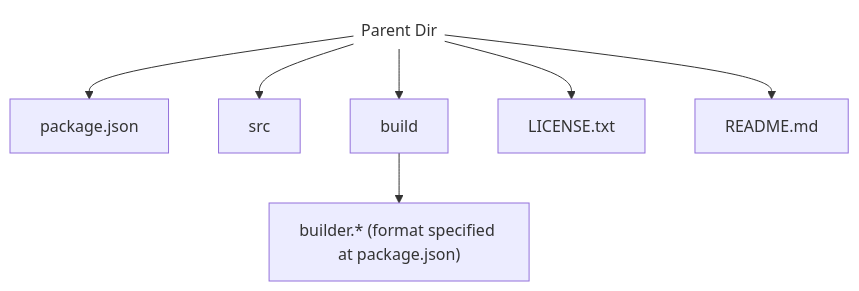
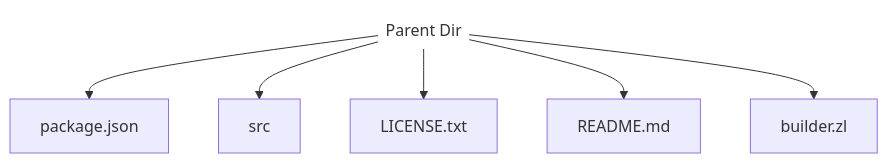
One commit to Guille-ux/ConduitPkg changed the first of 2 diagrams in docs/README.md. Above: the diagram before and after it, drawn with Mermaid. The commit also changed other lines of this file and 9 other files, not shown here.

````diff
--- a/docs/README.md
+++ b/docs/README.md
@@ -5,10 +5,9 @@
 ```mermaid
 ---
 config:
   layout: dagre
 ---
 flowchart TD
-    n1["Parent Dir"] --> n2["package.json"] & n3["src"] & n4["build"] & n5["LICENSE.txt"] & n6["README.md"]
-    n4 --> n9["builder.* (format specified at package.json)"]
+    n1["Parent Dir"] --> n2["package.json"] & n3["src"] & n5["LICENSE.txt"] & n6["README.md"] & n9["builder.zl"]
     n1@{ shape: text}
 ```
````
